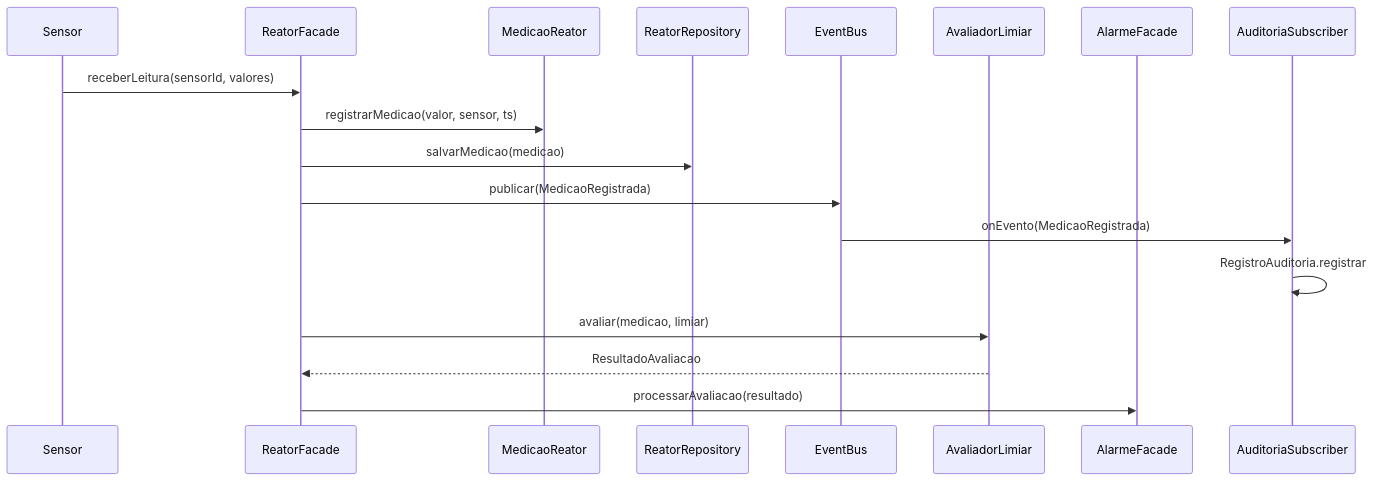
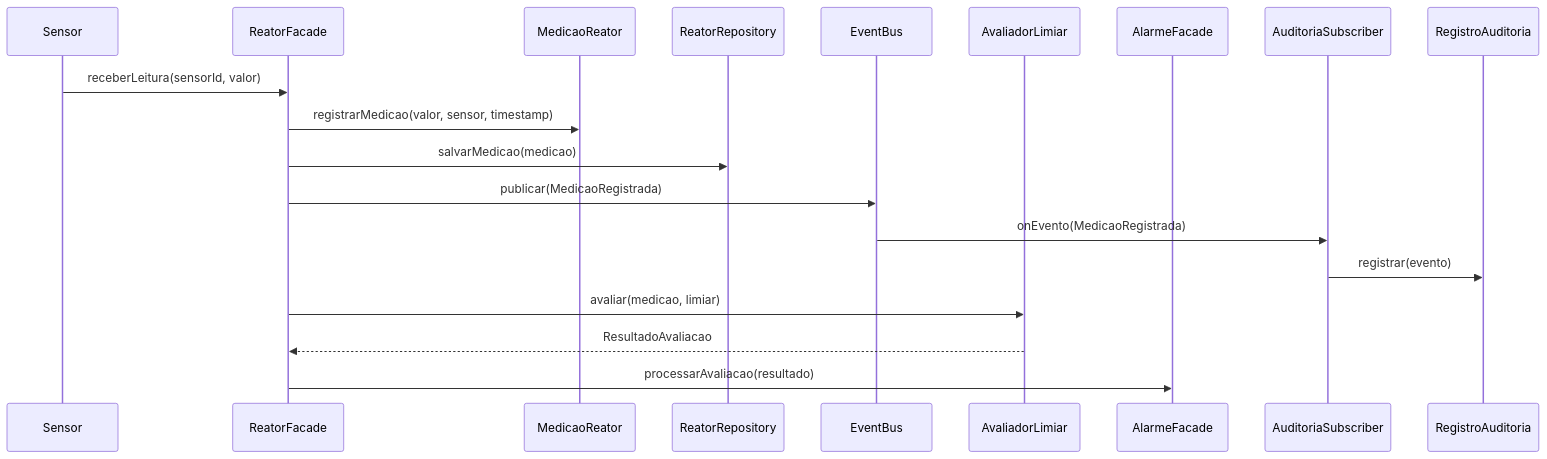
Before and after one commit to rlampago22/RP-IV: the first of 2 diagrams in docs/marco1/07-sequencias-mvp.md, drawn with Mermaid. The commit also changed 3 other files, not shown here.

````diff
--- a/docs/marco1/07-sequencias-mvp.md
+++ b/docs/marco1/07-sequencias-mvp.md
@@ -14,21 +14,22 @@
 ```mermaid
 sequenceDiagram
   participant Sensor
   participant ReatorFacade
   participant MedicaoReator
   participant ReatorRepository
   participant EventBus
   participant AvaliadorLimiar
   participant AlarmeFacade
   participant AuditoriaSubscriber
+  participant RegistroAuditoria
 
-  Sensor->>ReatorFacade: receberLeitura(sensorId, valores)
-  ReatorFacade->>MedicaoReator: registrarMedicao(valor, sensor, ts)
+  Sensor->>ReatorFacade: receberLeitura(sensorId, valor)
+  ReatorFacade->>MedicaoReator: registrarMedicao(valor, sensor, timestamp)
   ReatorFacade->>ReatorRepository: salvarMedicao(medicao)
   ReatorFacade->>EventBus: publicar(MedicaoRegistrada)
   EventBus->>AuditoriaSubscriber: onEvento(MedicaoRegistrada)
-  AuditoriaSubscriber->>AuditoriaSubscriber: RegistroAuditoria.registrar
+  AuditoriaSubscriber->>RegistroAuditoria: registrar(evento)
   ReatorFacade->>AvaliadorLimiar: avaliar(medicao, limiar)
   AvaliadorLimiar-->>ReatorFacade: ResultadoAvaliacao
   ReatorFacade->>AlarmeFacade: processarAvaliacao(resultado)
 ```
````
